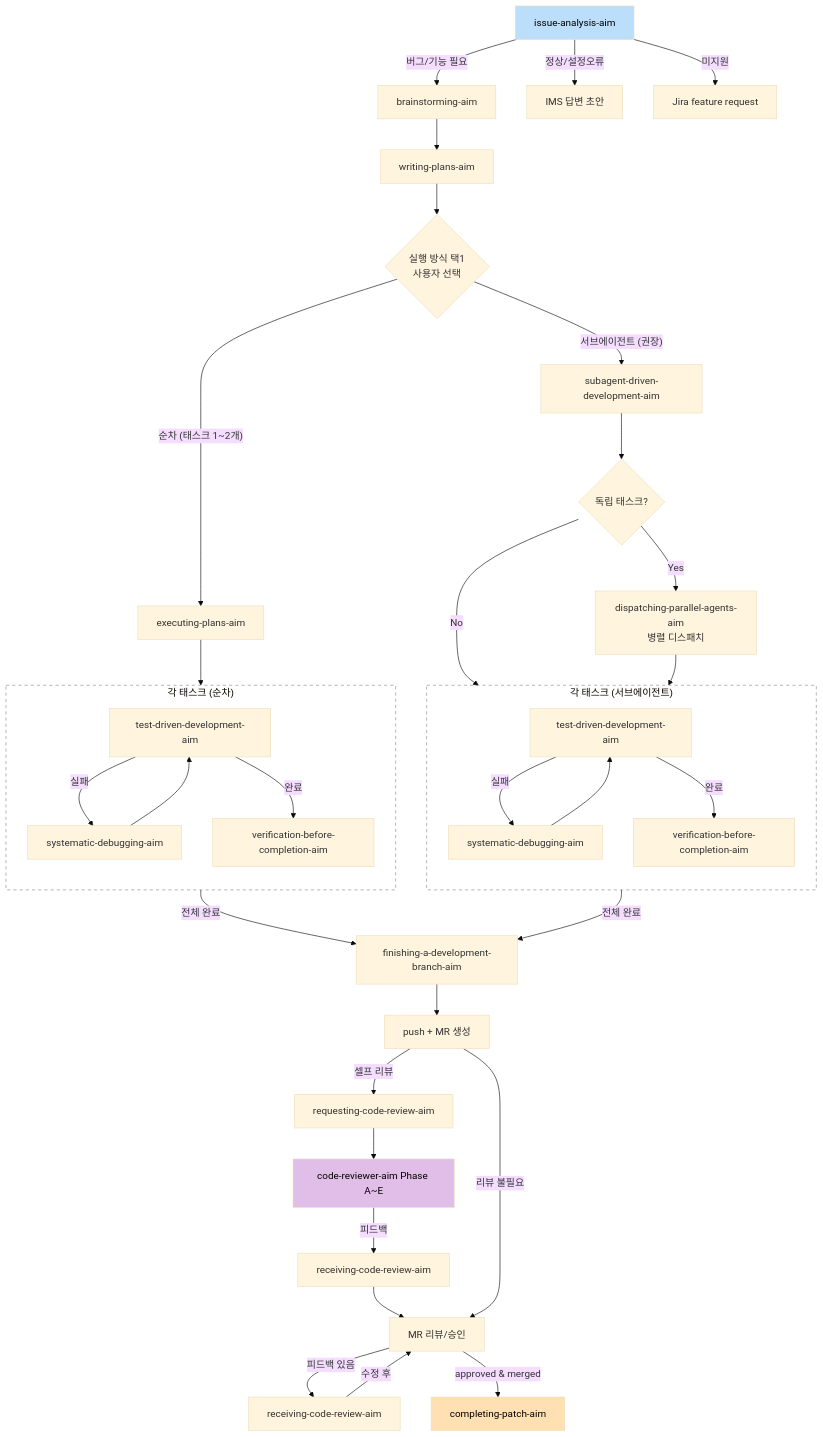
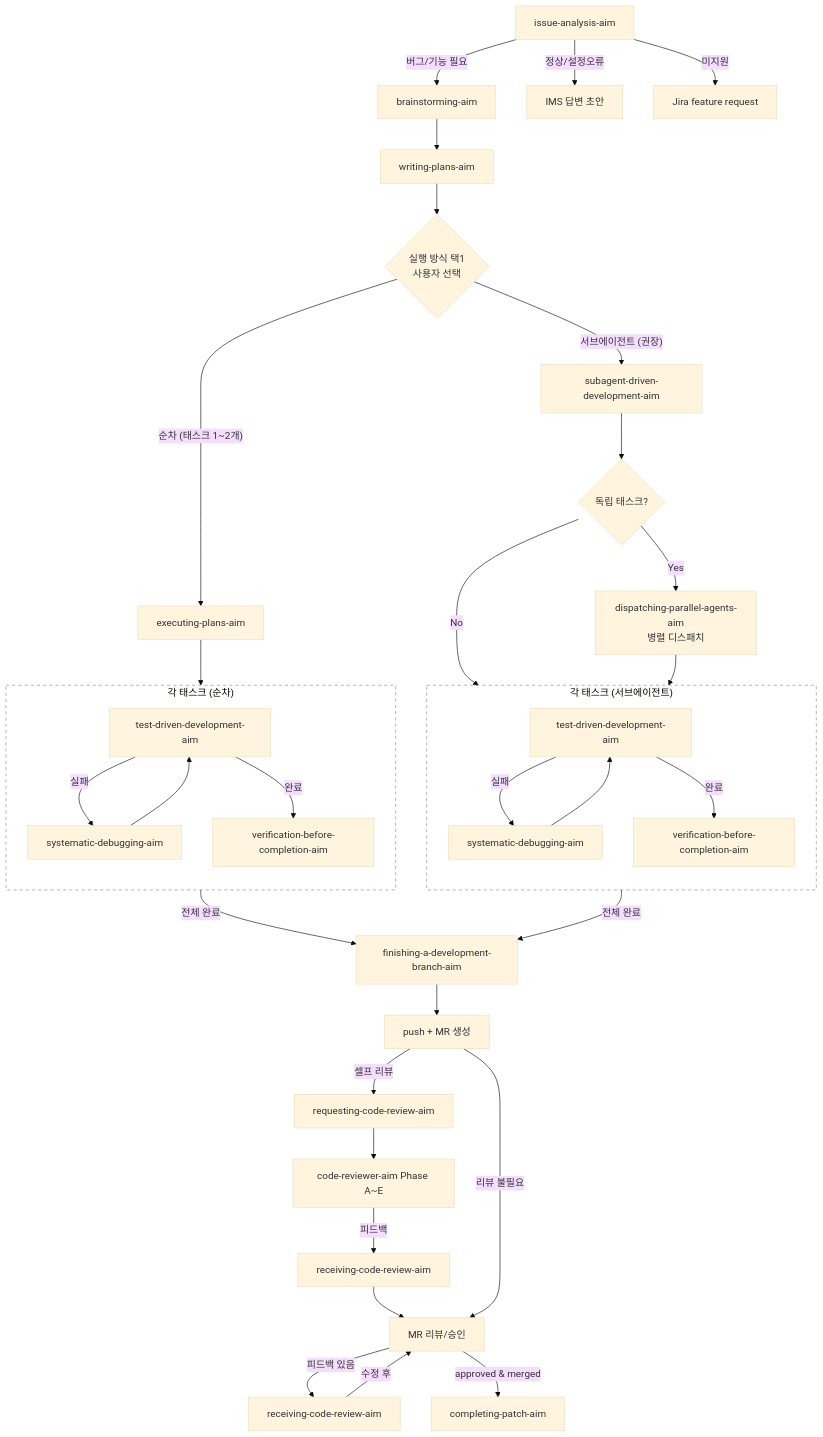
One commit to kmj5228/aim-harness changed the diagram in README.md. Above: the diagram before and after it, drawn with Mermaid (base theme).

Commit message:
style: remove arbitrary node colors from workflow chart

````diff
--- a/README.md
+++ b/README.md
@@ -77,50 +77,47 @@
 ```mermaid
 flowchart TD
     A[issue-analysis-aim] -->|"버그/기능 필요"| B[brainstorming-aim]
     B --> C[writing-plans-aim]
     C --> D{실행 방식 택1\n사용자 선택}
 
     D -->|"순차 (태스크 1~2개)"| E[executing-plans-aim]
     E --> TDD1
 
     D -->|"서브에이전트 (권장)"| F[subagent-driven-development-aim]
     F --> H{독립 태스크?}
     H -->|"Yes"| P1[dispatching-parallel-agents-aim\n병렬 디스패치]
     H -->|"No"| TDD2
     P1 --> TDD2
 
     subgraph TDD1 ["각 태스크 (순차)"]
         direction TB
         G1[test-driven-development-aim] -->|실패| I1[systematic-debugging-aim]
         I1 --> G1
         G1 -->|완료| J1[verification-before-completion-aim]
     end
 
     subgraph TDD2 ["각 태스크 (서브에이전트)"]
         direction TB
         G2[test-driven-development-aim] -->|실패| I2[systematic-debugging-aim]
         I2 --> G2
         G2 -->|완료| J2[verification-before-completion-aim]
     end
 
     TDD1 -->|전체 완료| K[finishing-a-development-branch-aim]
     TDD2 -->|전체 완료| K
     K --> MR[push + MR 생성]
     MR -->|셀프 리뷰| L[requesting-code-review-aim]
     L --> M[code-reviewer-aim Phase A~E]
     M -->|피드백| R[receiving-code-review-aim]
     R --> MR2[MR 리뷰/승인]
     MR -->|리뷰 불필요| MR2
     MR2 -->|피드백 있음| R2[receiving-code-review-aim]
     R2 -->|수정 후| MR2
     MR2 -->|approved & merged| N[completing-patch-aim]
 
     A -->|"정상/설정오류"| O[IMS 답변 초안]
     A -->|"미지원"| Q[Jira feature request]
 
-    style A fill:#bbdefb,color:#000
-    style N fill:#ffe0b2,color:#000
-    style M fill:#e1bee7,color:#000
     style TDD1 fill:transparent,stroke:#888,stroke-dasharray: 5 5
     style TDD2 fill:transparent,stroke:#888,stroke-dasharray: 5 5
 ```
````
